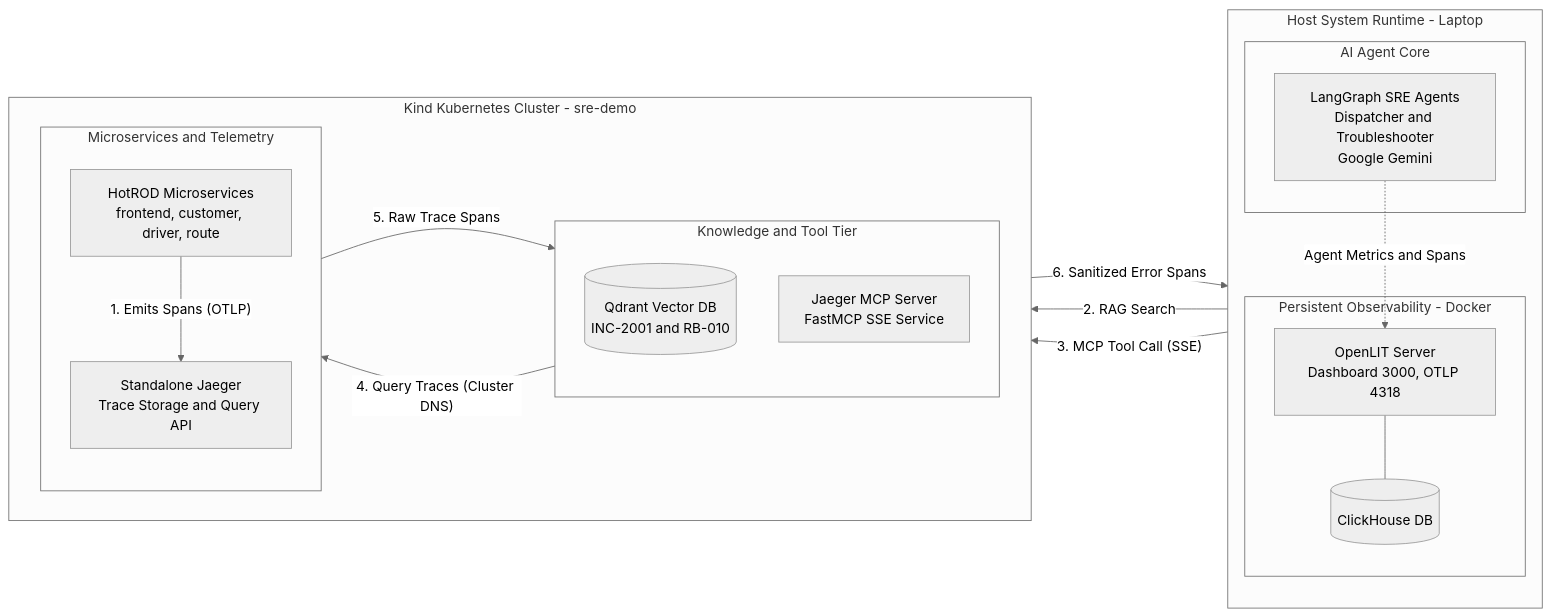
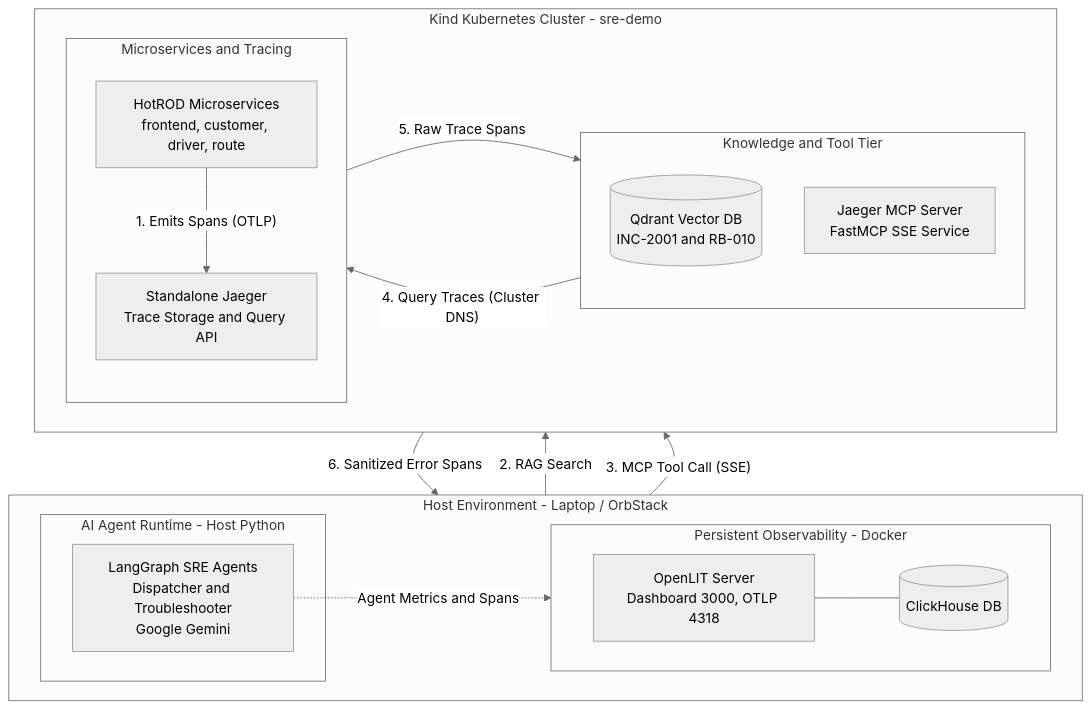
Before and after one commit to hbill75/observe-sre-triage-agent: the diagram in README.md, drawn with Mermaid (neutral theme).

Commit message:
docs: Diagram fix 5

````diff
--- a/README.md
+++ b/README.md
@@ -9,38 +9,41 @@
 ```mermaid
-flowchart LR
-    subgraph Host_Environment [Host System Runtime - Laptop]
-        direction TB
-        subgraph Agent_Runtime [AI Agent Core]
+flowchart TD
+    subgraph Host_Environment [Host Environment - Laptop / OrbStack]
+        direction LR
+        subgraph Agent_Core [AI Agent Runtime - Host Python]
             AG["LangGraph SRE Agents<br>Dispatcher and Troubleshooter<br>Google Gemini"]
         end
+
         subgraph Host_Observability [Persistent Observability - Docker]
+            direction LR
             OL["OpenLIT Server<br>Dashboard 3000, OTLP 4318"]
             CH[("ClickHouse DB")]
             OL --- CH
         end
+
         AG -. "Agent Metrics and Spans" .-> OL
     end
 
     subgraph K8s_Cluster [Kind Kubernetes Cluster - sre-demo]
         direction LR
         subgraph K8s_Tools [Knowledge and Tool Tier]
             direction TB
             QD[("Qdrant Vector DB<br>INC-2001 and RB-010")]
             MCP["Jaeger MCP Server<br>FastMCP SSE Service"]
         end
 
-        subgraph K8s_Services [Microservices and Telemetry]
+        subgraph K8s_Services [Microservices and Tracing]
             direction TB
             HR["HotROD Microservices<br>frontend, customer, driver, route"]
             JG["Standalone Jaeger<br>Trace Storage and Query API"]
             HR -->|"1. Emits Spans (OTLP)"| JG
         end
 
         MCP -->|"4. Query Traces (Cluster DNS)"| JG
         JG -->|"5. Raw Trace Spans"| MCP
     end
 
     AG -->|"2. RAG Search"| QD
     AG -->|"3. MCP Tool Call (SSE)"| MCP
     MCP -->|"6. Sanitized Error Spans"| AG
 ```
````
